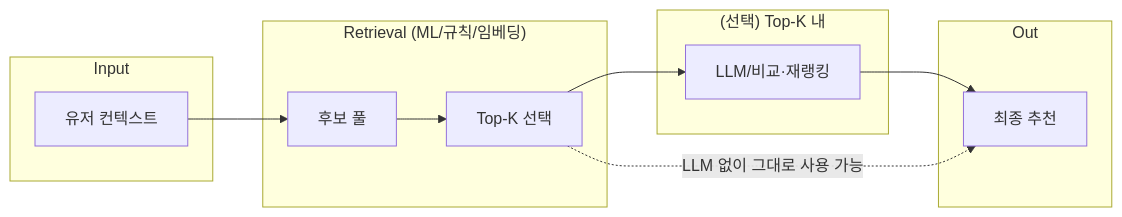
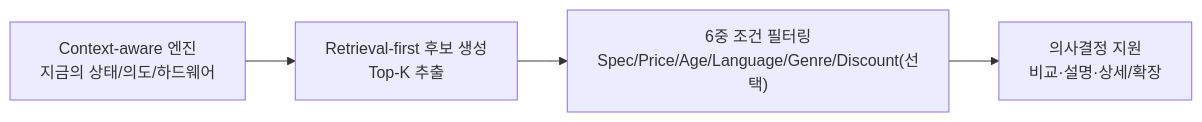
One commit to Game-recommend-sys-agent/Steam_Game_Recommand_Agent changed the first of 11 diagrams in docs/workflow.md. Above: the diagram before and after it, drawn with Mermaid. The commit also changed other lines of this file and 5 other files, not shown here.

First line of the commit message:
docs: add context-aware 5-8 notes and API reference

````diff
--- a/docs/workflow.md
+++ b/docs/workflow.md
@@ -83,18 +23,6 @@
 ```mermaid
 flowchart LR
-    subgraph Input
-        C[유저 컨텍스트]
-    end
-    subgraph Retrieval["Retrieval (ML/규칙/임베딩)"]
-        P[후보 풀]
-        T[Top-K 선택]
-    end
-    subgraph Rerank["(선택) Top-K 내"]
-        L[LLM/비교·재랭킹]
-    end
-    subgraph Out
-        R[최종 추천]
-    end
-    C --> P --> T --> L --> R
-    T -.->|LLM 없이 그대로 사용 가능| R
+    A[Context-aware 엔진<br/>지금의 상태/의도/하드웨어] --> B[Retrieval-first 후보 생성<br/>Top-K 추출]
+    B --> C["6중 조건 필터링<br/>Spec/Price/Age/Language/Genre/Discount(선택)"]
+    C --> D[의사결정 지원<br/>비교·설명·상세/확장]
 ```
````
